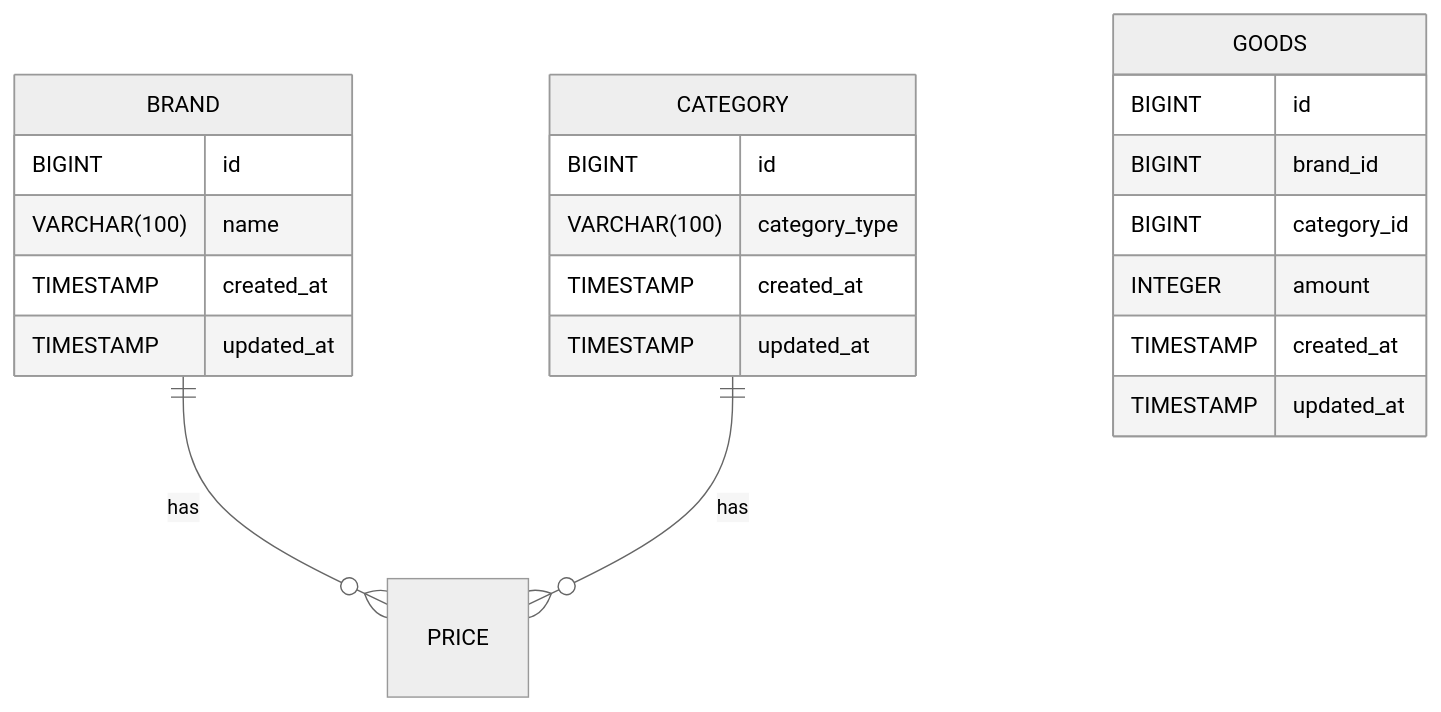
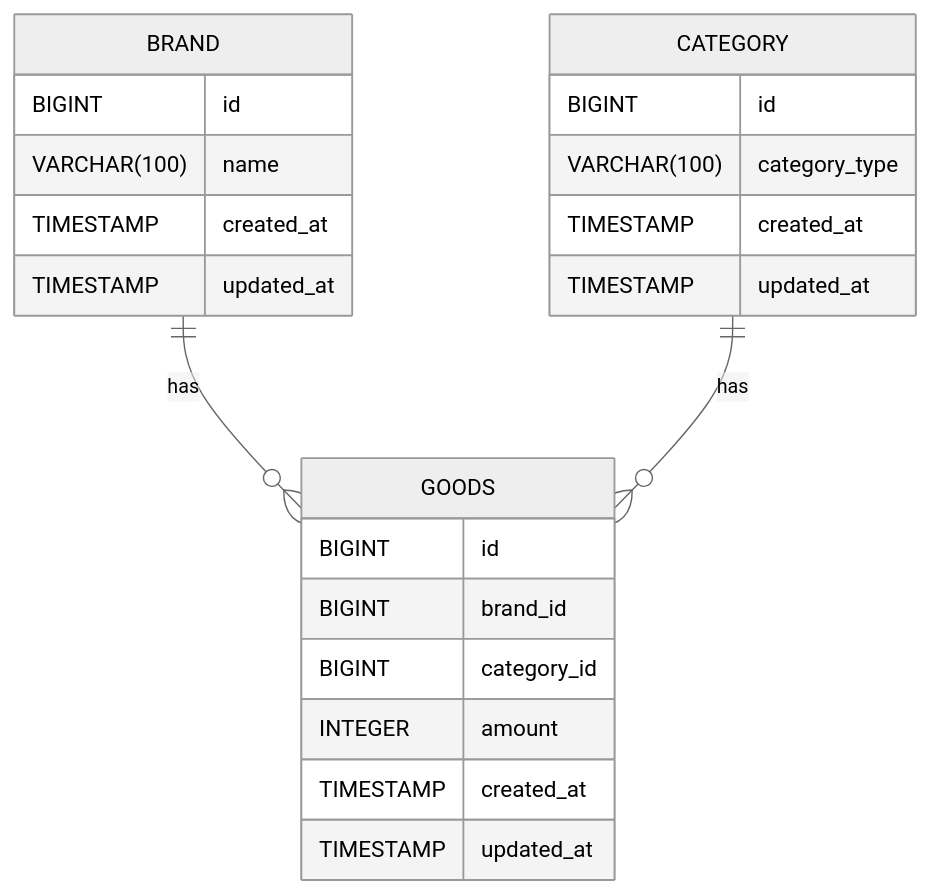
One commit to kimho314/cloth_coordination changed the diagram in README.md. Above: the diagram before and after it, drawn with Mermaid (neutral theme).

Commit message:
doc : readme 파일에서 erd 수정

````diff
--- a/README.md
+++ b/README.md
@@ -78,25 +78,25 @@
 ```mermaid
 erDiagram
-    BRAND ||--o{ PRICE : has
-    CATEGORY ||--o{ PRICE : has
+    BRAND ||--o{ GOODS : has
+    CATEGORY ||--o{ GOODS : has
     BRAND {
         BIGINT id
         VARCHAR(100) name
         TIMESTAMP created_at
         TIMESTAMP updated_at
     }
     GOODS{
         BIGINT id
         BIGINT brand_id
         BIGINT category_id
         INTEGER amount
         TIMESTAMP created_at
         TIMESTAMP updated_at
     }
     CATEGORY{
         BIGINT id
         VARCHAR(100) category_type
         TIMESTAMP created_at
         TIMESTAMP updated_at
     }
 ```
````
